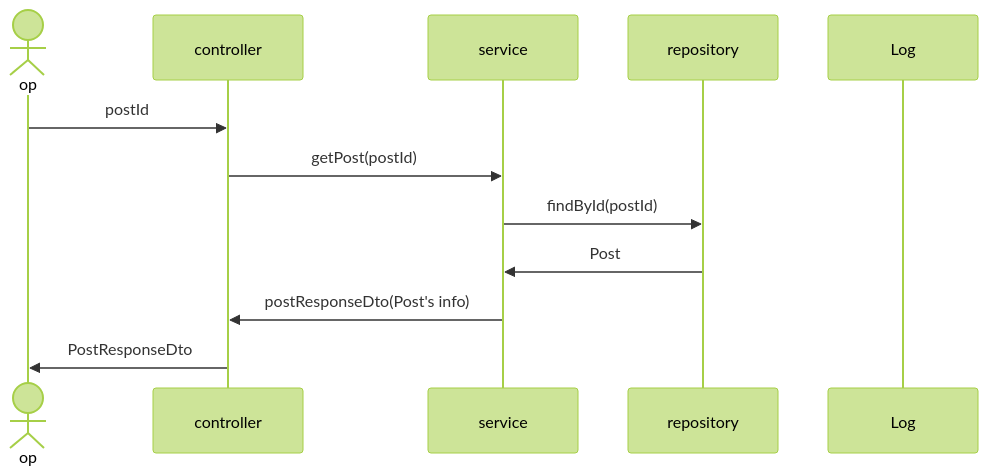
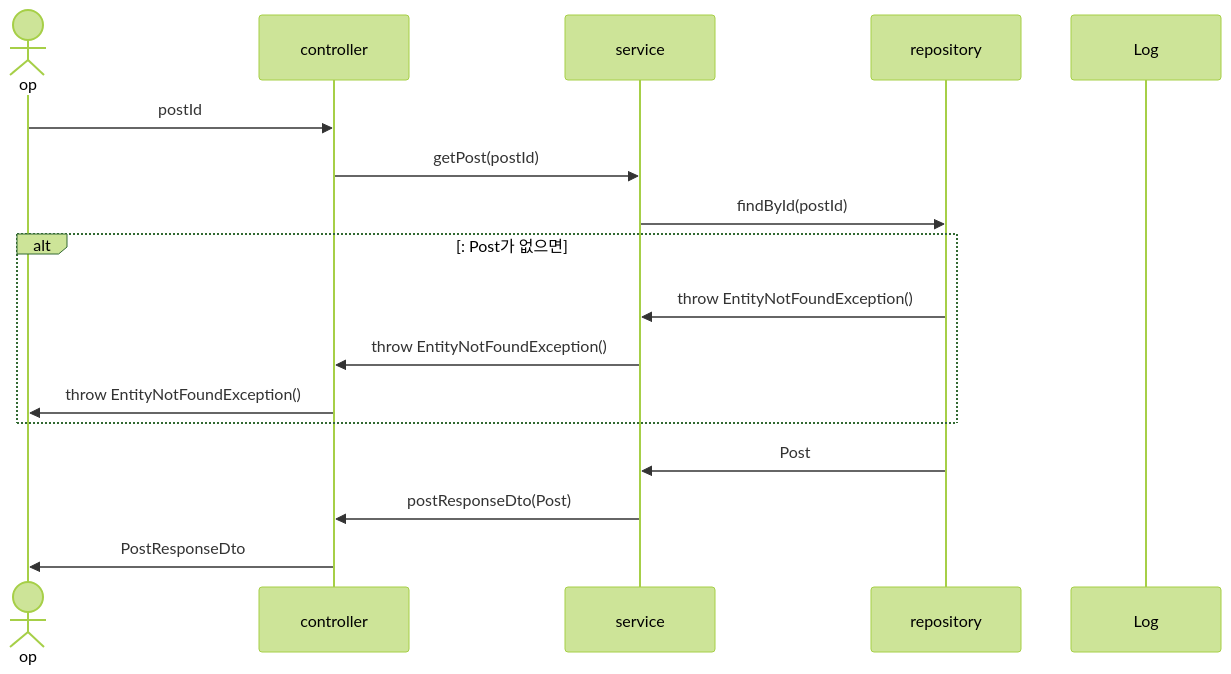
One commit to mtak0235/snsX changed diagram 29 of 37 in sequence.md. Above: the diagram before and after it, drawn with Mermaid (forest theme). The commit also changed other lines of this file and 5 other files, not shown here.

````diff
--- a/sequence.md
+++ b/sequence.md
@@ -824,15 +773,20 @@
 ```mermaid
 sequenceDiagram
 actor op
 participant c as controller
 participant s as service
 participant r as repository
 participant l as Log
 
 op->>c: postId
 c->>s: getPost(postId)
 s->>r: findById(postId)
+alt: Post가 없으면
+r->>s: throw EntityNotFoundException()
+s->>c: throw EntityNotFoundException()
+c->>op: throw EntityNotFoundException()
+end
 r->>s: Post
-s->>c: postResponseDto(Post's info)
+s->>c: postResponseDto(Post)
 c->>op: PostResponseDto
 ```
````
